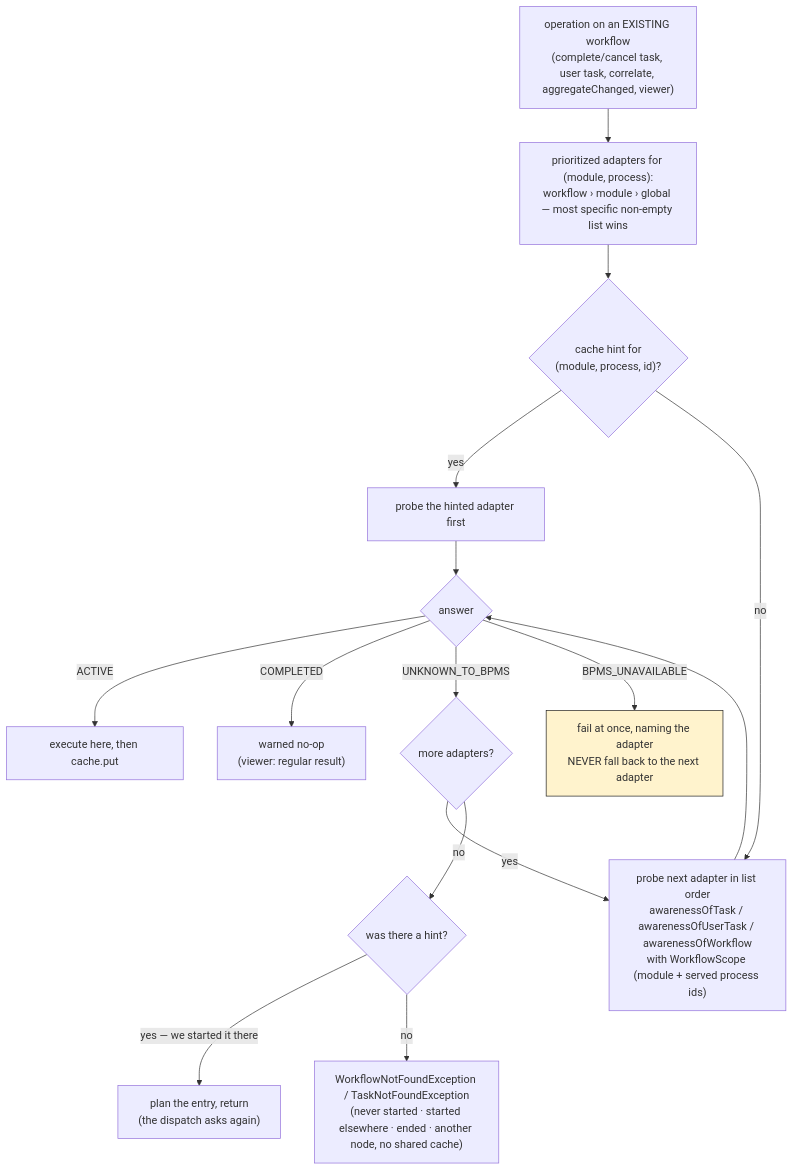
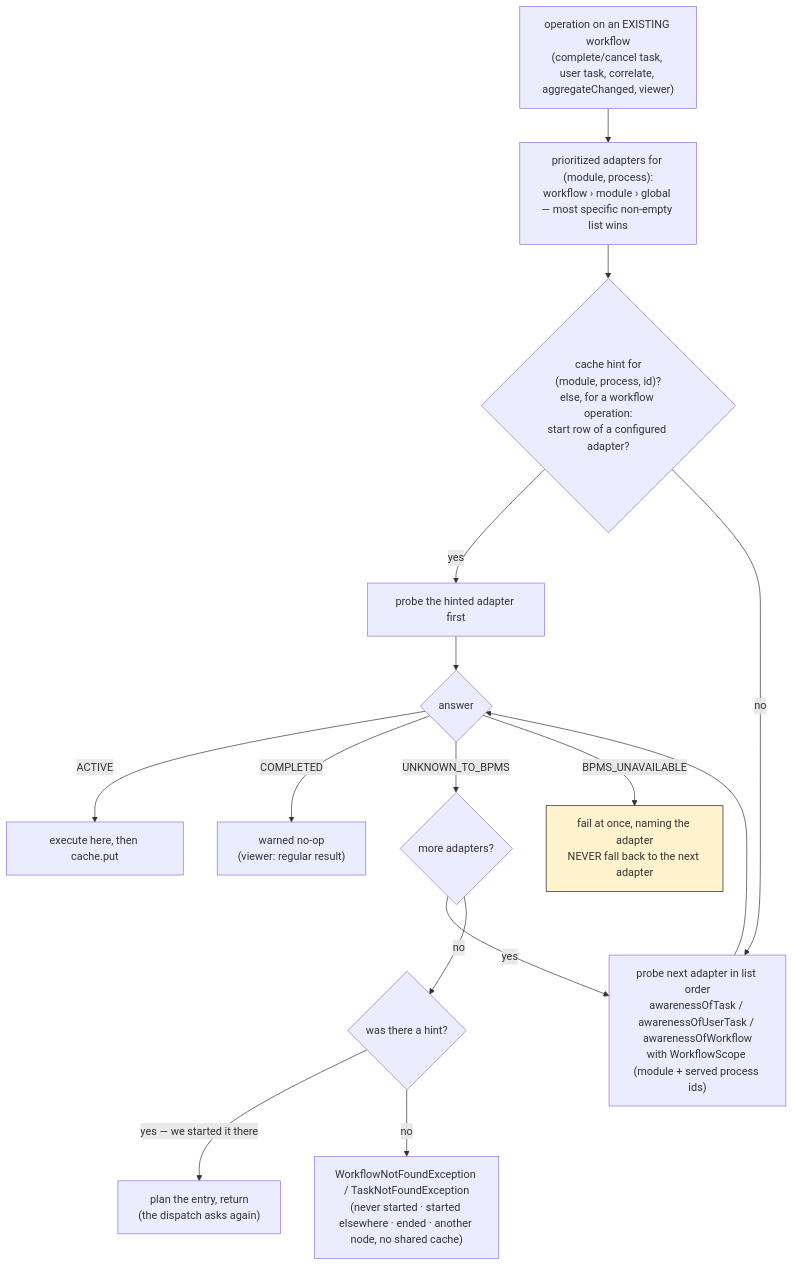
One commit to vanillabp/adapter-platform-integration changed the second of 15 diagrams in migration-adapter/README.md. Above: the diagram before and after it, drawn with Mermaid. The commit also changed other lines of this file and 10 other files, not shown here.

````diff
--- a/migration-adapter/README.md
+++ b/migration-adapter/README.md
@@ -104,20 +106,20 @@
 ```mermaid
 flowchart TB
   S["operation on an EXISTING workflow<br/>(complete/cancel task, user task, correlate, aggregateChanged, viewer)"] --> L["prioritized adapters for (module, process):<br/>workflow › module › global — most specific non-empty list wins"]
-  L --> H{"cache hint for<br/>(module, process, id)?"}
+  L --> H{"cache hint for<br/>(module, process, id)?<br/>else, for a workflow operation:<br/>start row of a configured adapter?"}
   H -->|yes| P0["probe the hinted adapter first"]
   H -->|no| P["probe next adapter in list order<br/>awarenessOfTask / awarenessOfUserTask / awarenessOfWorkflow<br/>with WorkflowScope (module + served process ids)"]
   P0 --> R
   P --> R{"answer"}
   R -->|ACTIVE| OK["execute here, then cache.put"]
   R -->|COMPLETED| CO["warned no-op<br/>(viewer: regular result)"]
   R -->|UNKNOWN_TO_BPMS| N{"more adapters?"}
   N -->|yes| P
   N -->|no| HH{"was there a hint?"}
   HH -->|"yes — we started it there"| SCH["plan the entry, return<br/>(the dispatch asks again)"]
   HH -->|no| NF["WorkflowNotFoundException / TaskNotFoundException<br/>(never started · started elsewhere · ended · another node, no shared cache)"]
   R -->|BPMS_UNAVAILABLE| F["fail at once, naming the adapter<br/>NEVER fall back to the next adapter"]
 
   classDef warn fill:#fff3cd,stroke:#1e1e1e;
   class F warn;
 ```
````
